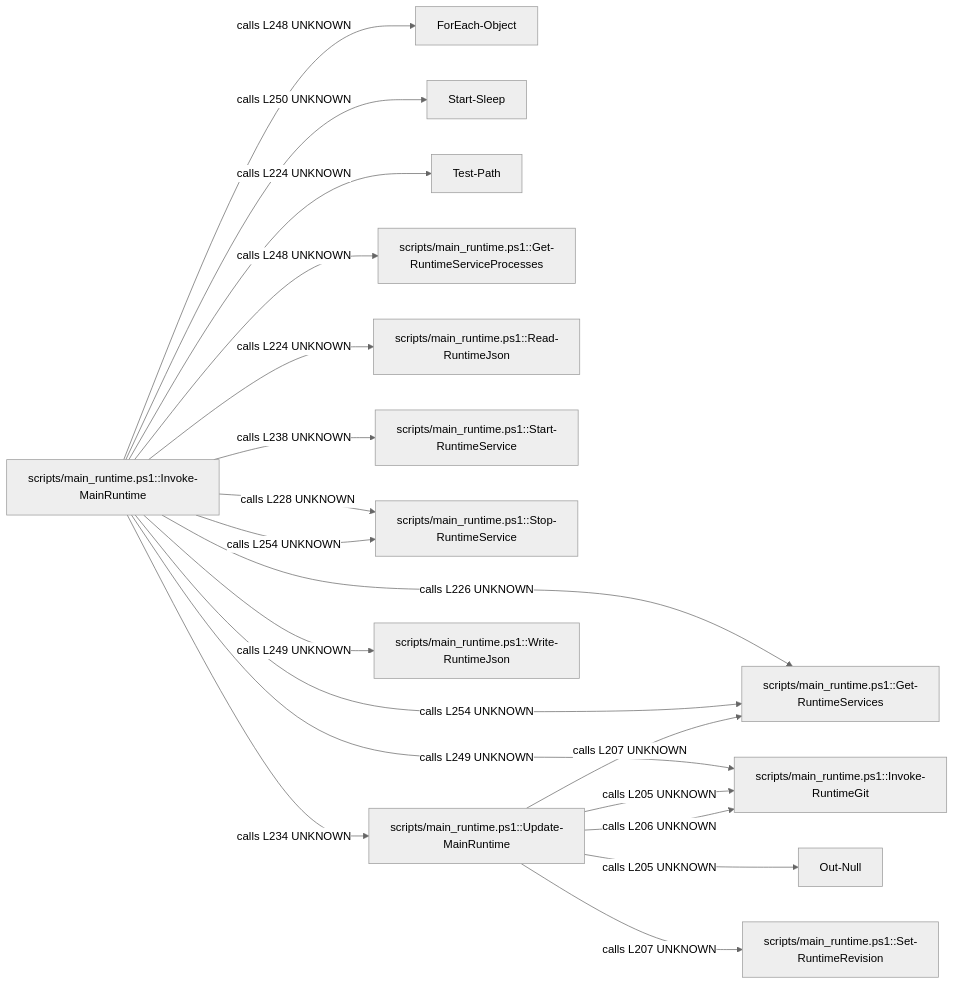
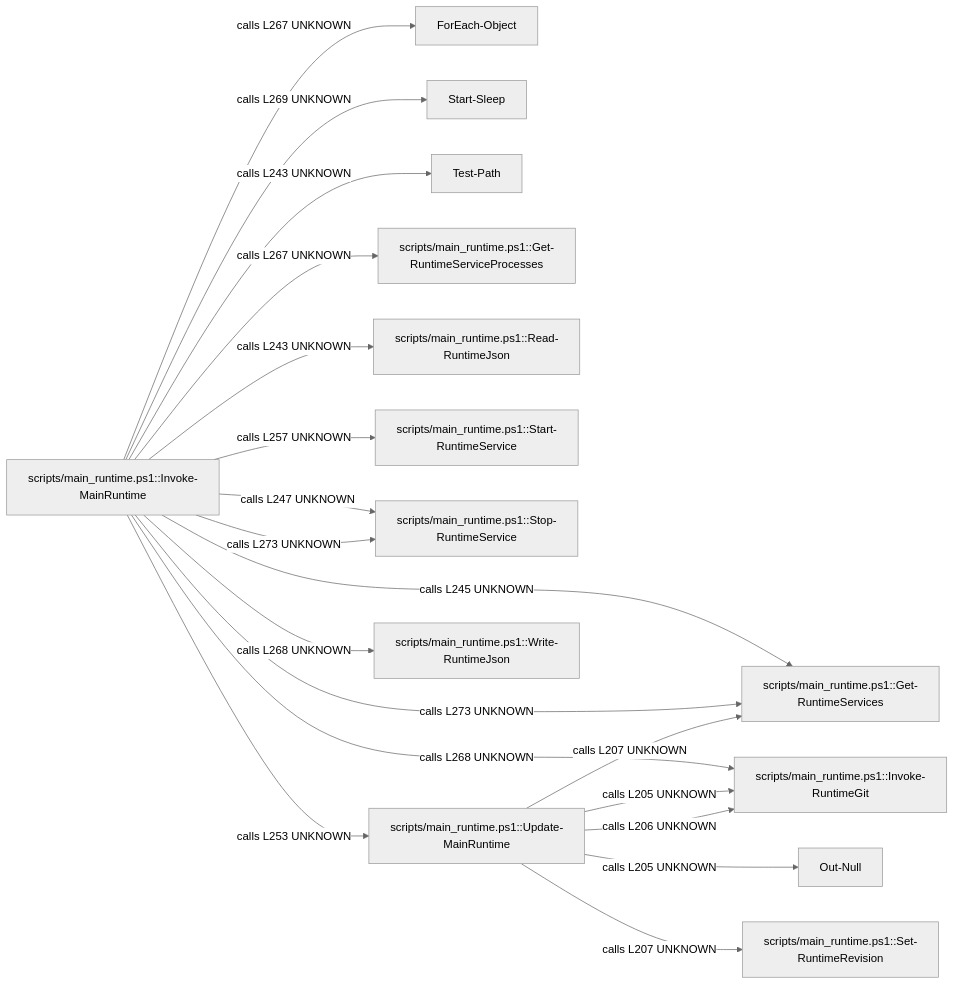
The diagram in architecture/generated/main-update.mmd (yiyousiow000814/XAUUSD-Forecaster), drawn with Mermaid (neutral theme) before and after one commit. The commit also changed 54 other files, not shown here.

```diff
--- a/architecture/generated/main-update.mmd
+++ b/architecture/generated/main-update.mmd
@@ -1,35 +1,35 @@
 %% Generated source syntax, not runtime/transaction proof.
-%% input 09412a7581a867882e8c84a8351cb9c8b29a9d569a6e04bcb4b6a2092abbf376
+%% input 1e412e12396ae34735997678394bb883f981e30a1a0b00a0693b52763b0ccf85
 flowchart LR
   nbe85043807a3659c["ForEach-Object"]
   ne2ada56e7567b573["Out-Null"]
   na223eb7a51a0cbb7["Start-Sleep"]
   n9821a5fd1b8ea5a9["Test-Path"]
   n218c9be1753c30ba["scripts/main_runtime.ps1::Get-RuntimeServiceProcesses"]
   n16e7e1b0d0b36099["scripts/main_runtime.ps1::Get-RuntimeServices"]
   n97fab46664bed680["scripts/main_runtime.ps1::Invoke-MainRuntime"]
   nfc0de6269e314ea7["scripts/main_runtime.ps1::Invoke-RuntimeGit"]
   ndbd666cf2e8e1dde["scripts/main_runtime.ps1::Read-RuntimeJson"]
   n48735128c2b01a5b["scripts/main_runtime.ps1::Set-RuntimeRevision"]
   n8d5a588bbc493eed["scripts/main_runtime.ps1::Start-RuntimeService"]
   nf9548d763ed7e384["scripts/main_runtime.ps1::Stop-RuntimeService"]
   n050877116c4a1791["scripts/main_runtime.ps1::Update-MainRuntime"]
   n4d35c1d8f202df3d["scripts/main_runtime.ps1::Write-RuntimeJson"]
-  n97fab46664bed680 -->|"calls L224 UNKNOWN"| ndbd666cf2e8e1dde
-  n97fab46664bed680 -->|"calls L224 UNKNOWN"| n9821a5fd1b8ea5a9
-  n97fab46664bed680 -->|"calls L226 UNKNOWN"| n16e7e1b0d0b36099
-  n97fab46664bed680 -->|"calls L228 UNKNOWN"| nf9548d763ed7e384
-  n97fab46664bed680 -->|"calls L234 UNKNOWN"| n050877116c4a1791
-  n97fab46664bed680 -->|"calls L238 UNKNOWN"| n8d5a588bbc493eed
-  n97fab46664bed680 -->|"calls L248 UNKNOWN"| nbe85043807a3659c
-  n97fab46664bed680 -->|"calls L248 UNKNOWN"| n218c9be1753c30ba
-  n97fab46664bed680 -->|"calls L249 UNKNOWN"| nfc0de6269e314ea7
-  n97fab46664bed680 -->|"calls L249 UNKNOWN"| n4d35c1d8f202df3d
-  n97fab46664bed680 -->|"calls L250 UNKNOWN"| na223eb7a51a0cbb7
-  n97fab46664bed680 -->|"calls L254 UNKNOWN"| n16e7e1b0d0b36099
-  n97fab46664bed680 -->|"calls L254 UNKNOWN"| nf9548d763ed7e384
+  n97fab46664bed680 -->|"calls L243 UNKNOWN"| ndbd666cf2e8e1dde
+  n97fab46664bed680 -->|"calls L243 UNKNOWN"| n9821a5fd1b8ea5a9
+  n97fab46664bed680 -->|"calls L245 UNKNOWN"| n16e7e1b0d0b36099
+  n97fab46664bed680 -->|"calls L247 UNKNOWN"| nf9548d763ed7e384
+  n97fab46664bed680 -->|"calls L253 UNKNOWN"| n050877116c4a1791
+  n97fab46664bed680 -->|"calls L257 UNKNOWN"| n8d5a588bbc493eed
+  n97fab46664bed680 -->|"calls L267 UNKNOWN"| nbe85043807a3659c
+  n97fab46664bed680 -->|"calls L267 UNKNOWN"| n218c9be1753c30ba
+  n97fab46664bed680 -->|"calls L268 UNKNOWN"| nfc0de6269e314ea7
+  n97fab46664bed680 -->|"calls L268 UNKNOWN"| n4d35c1d8f202df3d
+  n97fab46664bed680 -->|"calls L269 UNKNOWN"| na223eb7a51a0cbb7
+  n97fab46664bed680 -->|"calls L273 UNKNOWN"| n16e7e1b0d0b36099
+  n97fab46664bed680 -->|"calls L273 UNKNOWN"| nf9548d763ed7e384
   n050877116c4a1791 -->|"calls L205 UNKNOWN"| nfc0de6269e314ea7
   n050877116c4a1791 -->|"calls L205 UNKNOWN"| ne2ada56e7567b573
   n050877116c4a1791 -->|"calls L206 UNKNOWN"| nfc0de6269e314ea7
   n050877116c4a1791 -->|"calls L207 UNKNOWN"| n16e7e1b0d0b36099
   n050877116c4a1791 -->|"calls L207 UNKNOWN"| n48735128c2b01a5b
```
